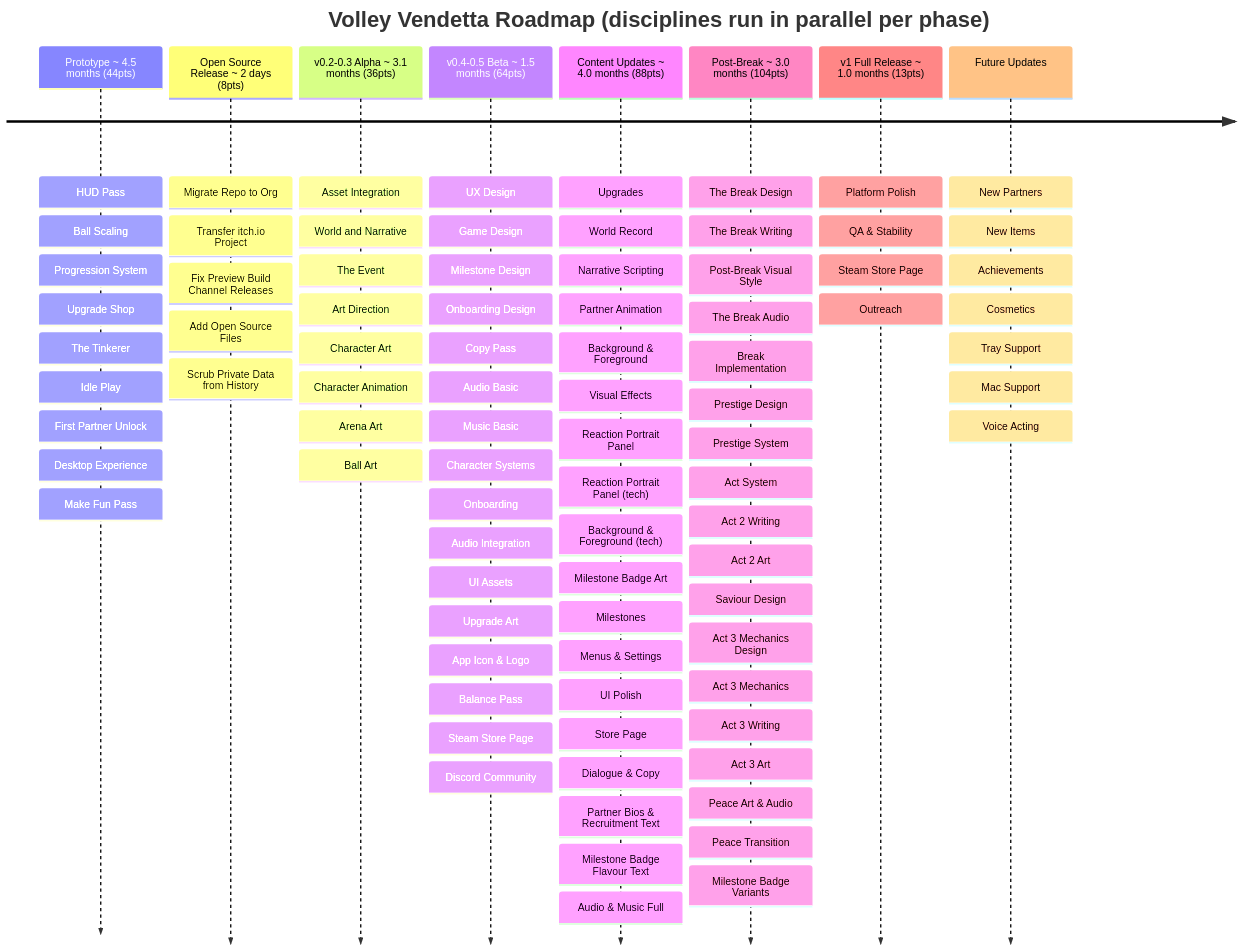
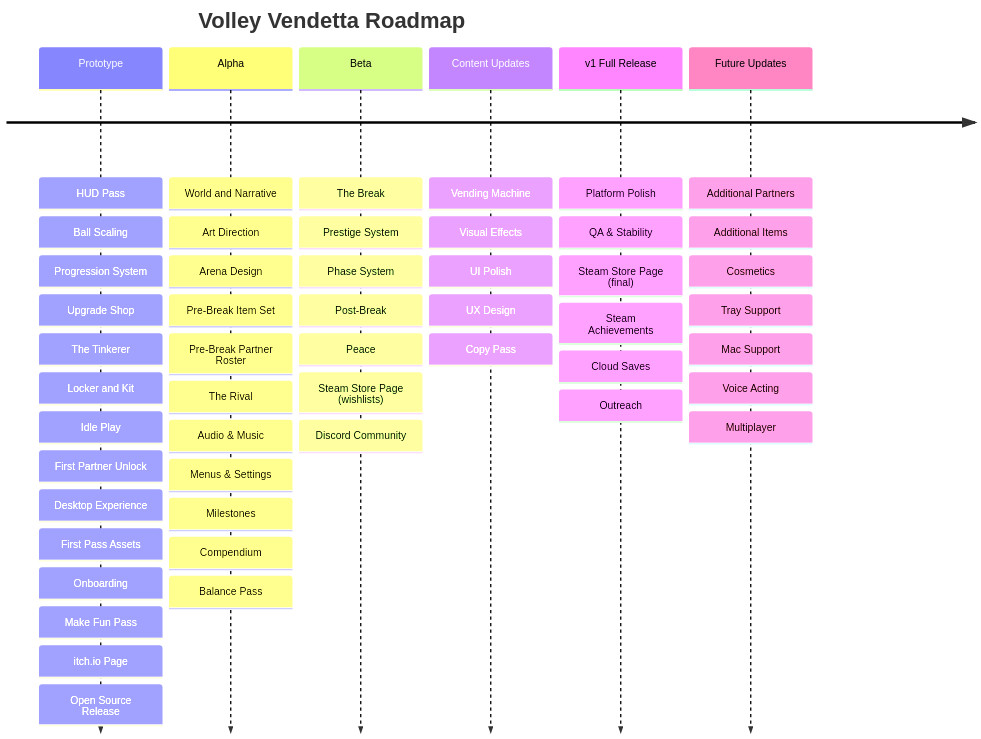
One commit to J-Melon/volley-vendetta changed the diagram in designs/roadmap.md. Above: the diagram before and after it, drawn with Mermaid. The commit also changed other lines of this file and 29 other files, not shown here.

````diff
--- a/designs/roadmap.md
+++ b/designs/roadmap.md
@@ -3,105 +3,66 @@
 ```mermaid
 timeline
-    title Volley Vendetta Roadmap (disciplines run in parallel per phase)
+    title Volley Vendetta Roadmap
 
-    Prototype ~ 4.5 months (44pts)
+    Prototype
         : HUD Pass
         : Ball Scaling
         : Progression System
         : Upgrade Shop
         : The Tinkerer
+        : Locker and Kit
         : Idle Play
         : First Partner Unlock
         : Desktop Experience
+        : First Pass Assets
+        : Onboarding
         : Make Fun Pass
+        : itch.io Page
+        : Open Source Release
 
-    Open Source Release ~ 2 days (8pts)
-        : Migrate Repo to Org
-        : Transfer itch.io Project
-        : Fix Preview Build Channel Releases
-        : Add Open Source Files
-        : Scrub Private Data from History
+    Alpha
+        : World and Narrative
+        : Art Direction
+        : Arena Design
+        : Pre-Break Item Set
+        : Pre-Break Partner Roster
+        : The Rival
+        : Audio & Music
+        : Menus & Settings
+        : Milestones
+        : Compendium
+        : Balance Pass
 
-    v0.2-0.3 Alpha ~ 3.1 months (36pts)
-        : Asset Integration
-        : World and Narrative
-        : The Event
-        : Art Direction
-        : Character Art
-        : Character Animation
-        : Arena Art
-        : Ball Art
-
-    v0.4-0.5 Beta ~ 1.5 months (64pts)
-        : UX Design
-        : Game Design
-        : Milestone Design
-        : Onboarding Design
-        : Copy Pass
-        : Audio Basic
-        : Music Basic
-        : Character Systems
-        : Onboarding
-        : Audio Integration
-        : UI Assets
-        : Upgrade Art
-        : App Icon & Logo
-        : Balance Pass
-        : Steam Store Page
+    Beta
+        : The Break
+        : Prestige System
+        : Phase System
+        : Post-Break
+        : Peace
+        : Steam Store Page (wishlists)
         : Discord Community
 
-    Content Updates ~ 4.0 months (88pts)
-        : Upgrades
-        : World Record
-        : Narrative Scripting
-        : Partner Animation
-        : Background & Foreground
+    Content Updates
+        : Vending Machine
         : Visual Effects
-        : Reaction Portrait Panel
-        : Reaction Portrait Panel (tech)
-        : Background & Foreground (tech)
-        : Milestone Badge Art
-        : Milestones
-        : Menus & Settings
         : UI Polish
-        : Store Page
-        : Dialogue & Copy
-        : Partner Bios & Recruitment Text
-        : Milestone Badge Flavour Text
-        : Audio & Music Full
+        : UX Design
+        : Copy Pass
 
-    Post-Break ~ 3.0 months (104pts)
-        : The Break Design
-        : The Break Writing
-        : Post-Break Visual Style
-        : The Break Audio
-        : Break Implementation
-        : Prestige Design
-        : Prestige System
-        : Act System
-        : Act 2 Writing
-        : Act 2 Art
-        : Saviour Design
-        : Act 3 Mechanics Design
-        : Act 3 Mechanics
-        : Act 3 Writing
-        : Act 3 Art
-        : Peace Art & Audio
-        : Peace Transition
-        : Milestone Badge Variants
-
-    v1 Full Release ~ 1.0 months (13pts)
+    v1 Full Release
         : Platform Polish
         : QA & Stability
-        : Steam Store Page
+        : Steam Store Page (final)
+        : Steam Achievements
+        : Cloud Saves
         : Outreach
 
     Future Updates
-        : New Partners
-        : New Items
-        : Achievements
+        : Additional Partners
+        : Additional Items
         : Cosmetics
         : Tray Support
         : Mac Support
         : Voice Acting
+        : Multiplayer
 ```
````
